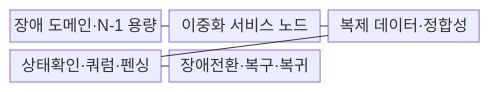
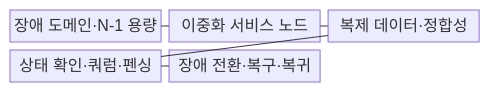
The first of 2 diagrams in src/content/docs/notes/06-evaluation/017_high_availability_architecture.md (agnusdei1207/knowledge-base), drawn with Mermaid before and after one commit. The commit also changed other lines of this file and 12 other files, not shown here.

````diff
--- a/src/content/docs/notes/06-evaluation/017_high_availability_architecture.md
+++ b/src/content/docs/notes/06-evaluation/017_high_availability_architecture.md
@@ -59,13 +59,13 @@
 ```mermaid
 block-beta
   columns 3
   F["장애 도메인·N-1 용량"]
   N["이중화 서비스 노드"]
   D["복제 데이터·정합성"]
-  Q["상태확인·쿼럼·펜싱"]
-  R["장애전환·복구·복귀"]
+  Q["상태 확인·쿼럼·펜싱"]
+  R["장애 전환·복구·복귀"]
   F --- N
   N --- D
   D --- Q
   Q --- R
 ```
````
